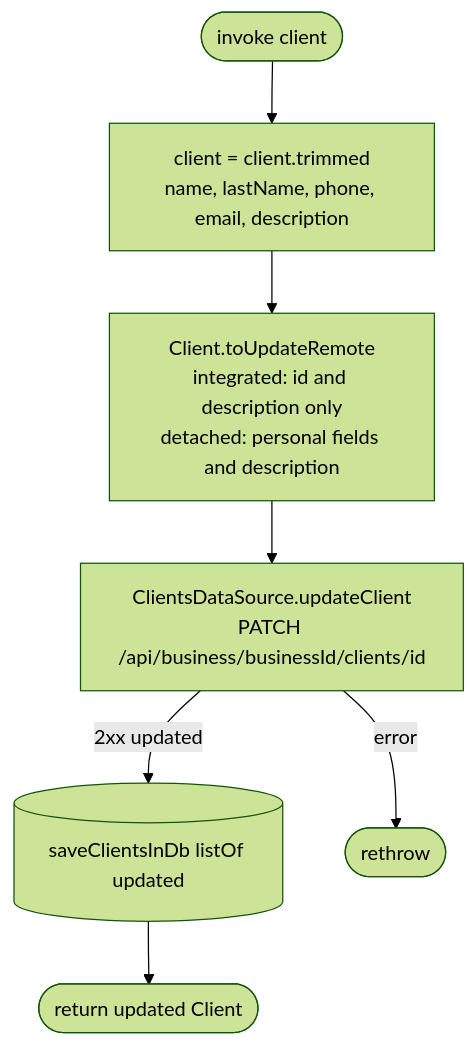
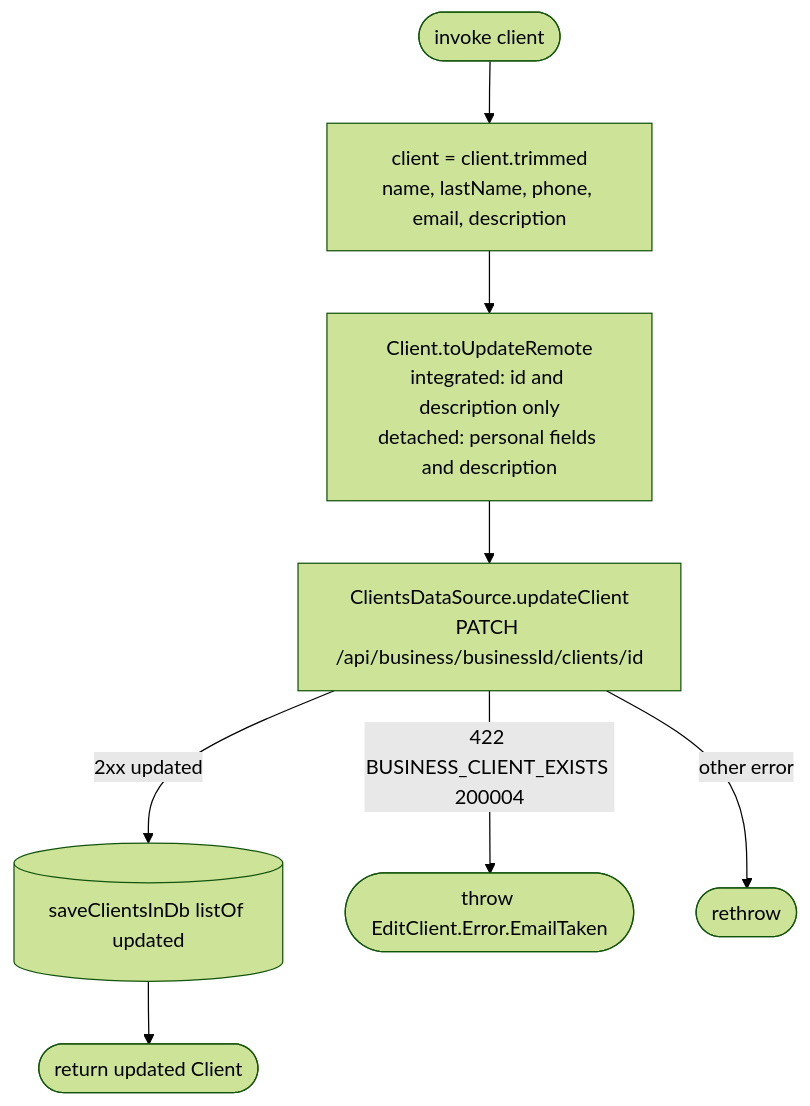
The diagram in docs/operations/clients/edit-client.md (nocturneproperties/bookkme-client), drawn with Mermaid (forest theme) before and after one commit. The commit also changed other lines of this file and 18 other files, not shown here.

Commit message:
[ISSUE-143] client creation and editing email verification

````diff
--- a/docs/operations/clients/edit-client.md
+++ b/docs/operations/clients/edit-client.md
@@ -10,9 +10,10 @@
 ```mermaid
 flowchart TD
     Start([invoke client]) --> Trim[client = client.trimmed<br/>name, lastName, phone, email, description]
     Trim --> Patch[Client.toUpdateRemote<br/>integrated: id and description only<br/>detached: personal fields and description]
     Patch --> Net[ClientsDataSource.updateClient<br/>PATCH /api/business/businessId/clients/id]
     Net -- 2xx updated --> Save[(saveClientsInDb listOf updated)]
     Save --> R([return updated Client])
-    Net -- error --> EX([rethrow])
+    Net -- 422 BUSINESS_CLIENT_EXISTS 200004 --> Taken([throw EditClient.Error.EmailTaken])
+    Net -- other error --> EX([rethrow])
 ```
````
